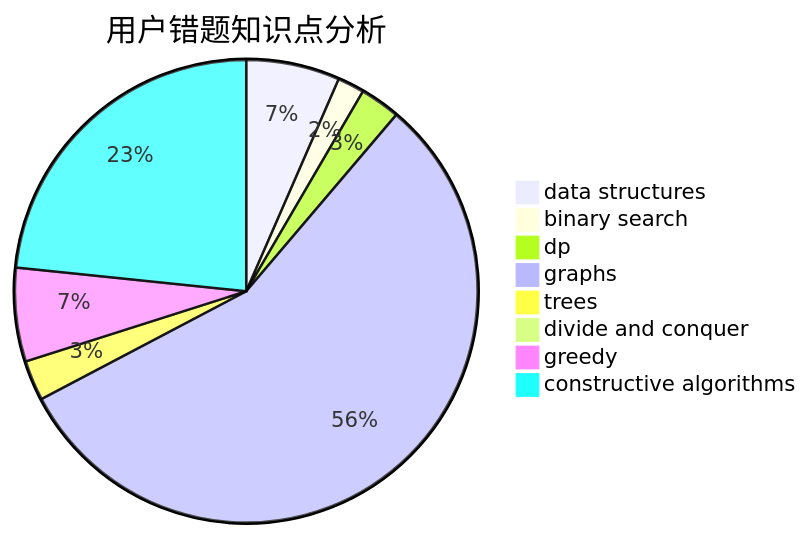
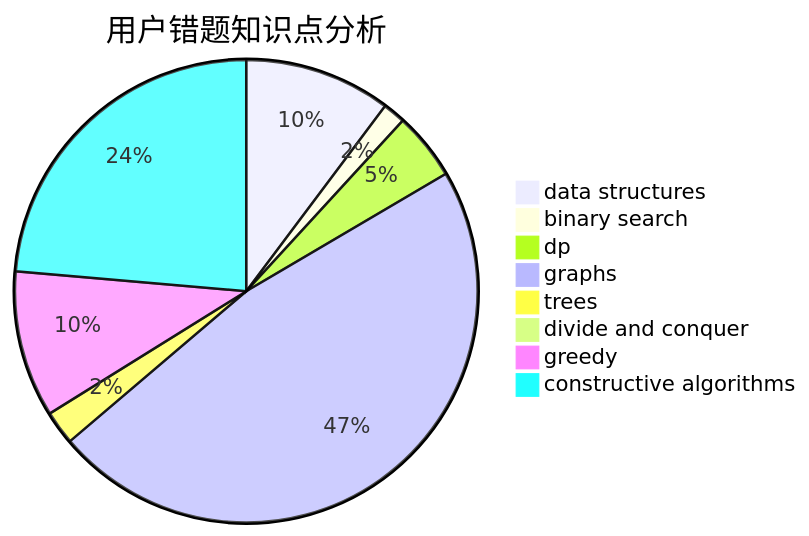
The third of 3 diagrams in docs/user/u2087.md (sherpahu/cfrs.github.io), drawn with Mermaid before and after one commit. The commit also changed other lines of this file and 2770 other files, not shown here.

````diff
--- a/docs/user/u2087.md
+++ b/docs/user/u2087.md
@@ -36,11 +36,11 @@
 ```mermaid
 pie title 用户错题知识点分析
-    "data structures" :  7
+    "data structures" :  13
     "binary search" :  2
-    "dp" :  3
+    "dp" :  6
     "graphs" :  60
     "trees" :  3
     "divide and conquer" :  0
-    "greedy" :  7
-    "constructive algorithms" :  25
+    "greedy" :  13
+    "constructive algorithms" :  30
 ```
````
